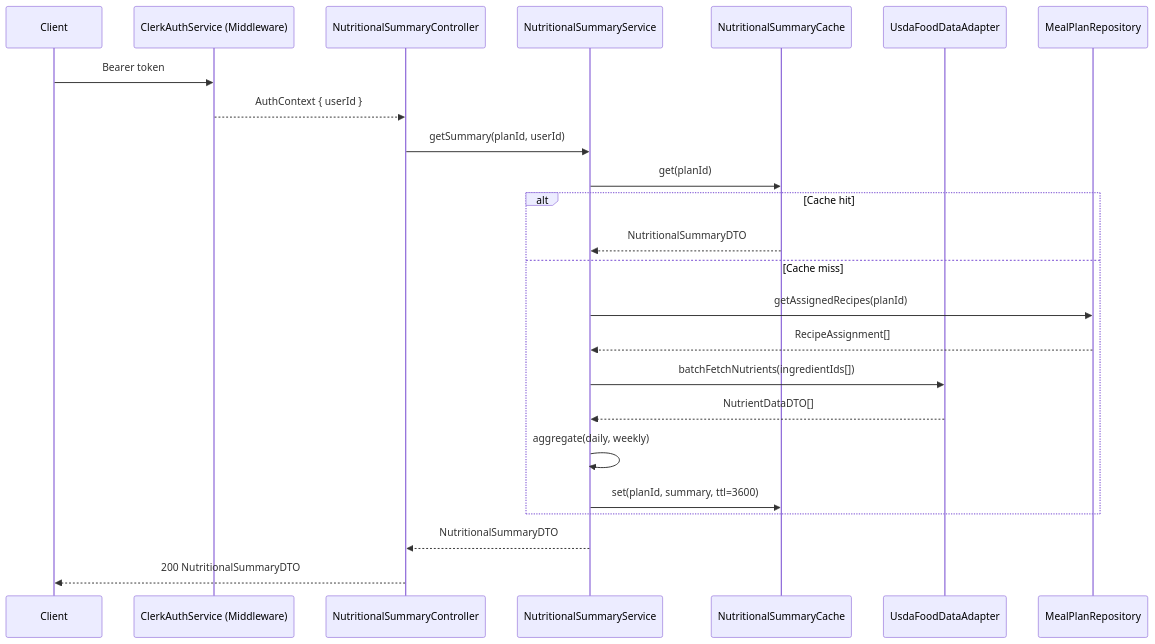
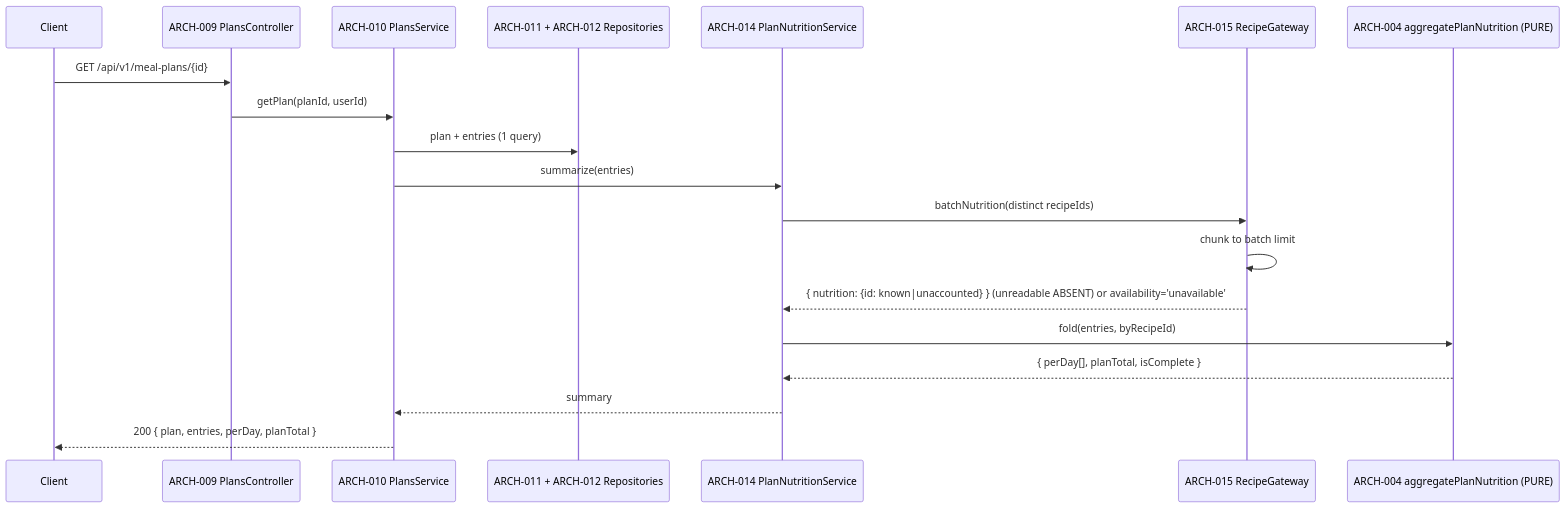
One commit to radicle-co/KitchenSink changed the second of 4 diagrams in specs/006-meal-planning/v-model/architecture-design.md. Above: the diagram before and after it, drawn with Mermaid. The commit also changed other lines of this file and 4289 other files, not shown here.

````diff
--- a/specs/006-meal-planning/v-model/architecture-design.md
+++ b/specs/006-meal-planning/v-model/architecture-design.md
@@ -81,27 +125,22 @@
 ```mermaid
 sequenceDiagram
-    participant Client
-    participant ARCH-018 as ClerkAuthService (Middleware)
-    participant ARCH-007 as NutritionalSummaryController
-    participant ARCH-008 as NutritionalSummaryService
-    participant ARCH-009 as NutritionalSummaryCache
-    participant ARCH-017 as UsdaFoodDataAdapter
-    participant ARCH-003 as MealPlanRepository
+    participant C as Client
+    participant CT as ARCH-009 PlansController
+    participant SV as ARCH-010 PlansService
+    participant RP as ARCH-011 + ARCH-012 Repositories
+    participant NS as ARCH-014 PlanNutritionService
+    participant GW as ARCH-015 RecipeGateway
+    participant AG as ARCH-004 aggregatePlanNutrition (PURE)
 
-    Client->>ARCH-018: Bearer token
-    ARCH-018-->>ARCH-007: AuthContext { userId }
-    ARCH-007->>ARCH-008: getSummary(planId, userId)
-    ARCH-008->>ARCH-009: get(planId)
-    alt Cache hit
-        ARCH-009-->>ARCH-008: NutritionalSummaryDTO
-    else Cache miss
-        ARCH-008->>ARCH-003: getAssignedRecipes(planId)
-        ARCH-003-->>ARCH-008: RecipeAssignment[]
-        ARCH-008->>ARCH-017: batchFetchNutrients(ingredientIds[])
-        ARCH-017-->>ARCH-008: NutrientDataDTO[]
-        ARCH-008->>ARCH-008: aggregate(daily, weekly)
-        ARCH-008->>ARCH-009: set(planId, summary, ttl=3600)
-    end
-    ARCH-008-->>ARCH-007: NutritionalSummaryDTO
-    ARCH-007-->>Client: 200 NutritionalSummaryDTO
+    C->>CT: GET /api/v1/meal-plans/{id}
+    CT->>SV: getPlan(planId, userId)
+    SV->>RP: plan + entries (1 query)
+    SV->>NS: summarize(entries)
+    NS->>GW: batchNutrition(distinct recipeIds)
+    GW->>GW: chunk to batch limit
+    GW-->>NS: { nutrition: {id: known|unaccounted} } (unreadable ABSENT) or availability='unavailable'
+    NS->>AG: fold(entries, byRecipeId)
+    AG-->>NS: { perDay[], planTotal, isComplete }
+    NS-->>SV: summary
+    SV-->>C: 200 { plan, entries, perDay, planTotal }
 ```
````
